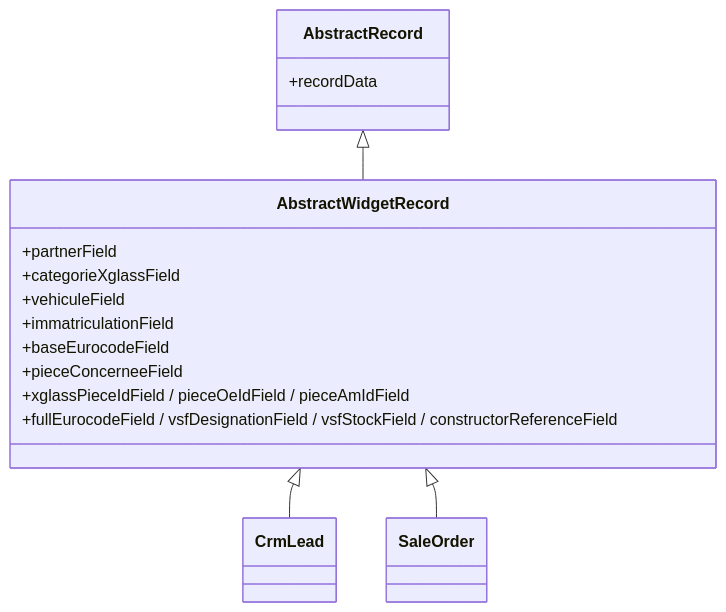
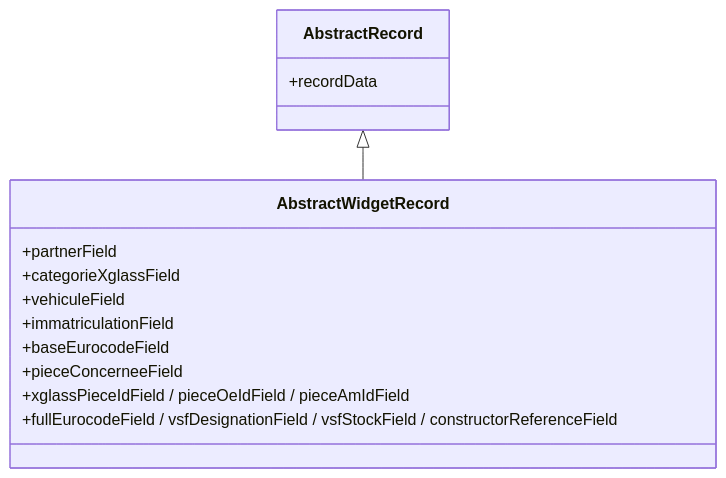
The third of 4 diagrams in rpbm_agent/docs/technique/frontend.md (rpbmSdk/rpbm), drawn with Mermaid before and after one commit. The commit also changed other lines of this file and 23 other files, not shown here.

````diff
--- a/rpbm_agent/docs/technique/frontend.md
+++ b/rpbm_agent/docs/technique/frontend.md
@@ -100,21 +100,17 @@
 ```mermaid
 classDiagram
     class AbstractRecord {
         +recordData
     }
     class AbstractWidgetRecord {
         +partnerField
         +categorieXglassField
         +vehiculeField
         +immatriculationField
         +baseEurocodeField
         +pieceConcerneeField
         +xglassPieceIdField / pieceOeIdField / pieceAmIdField
         +fullEurocodeField / vsfDesignationField / vsfStockField / constructorReferenceField
     }
-    class CrmLead
-    class SaleOrder
     AbstractRecord <|-- AbstractWidgetRecord
-    AbstractWidgetRecord <|-- CrmLead
-    AbstractWidgetRecord <|-- SaleOrder
 ```
````
